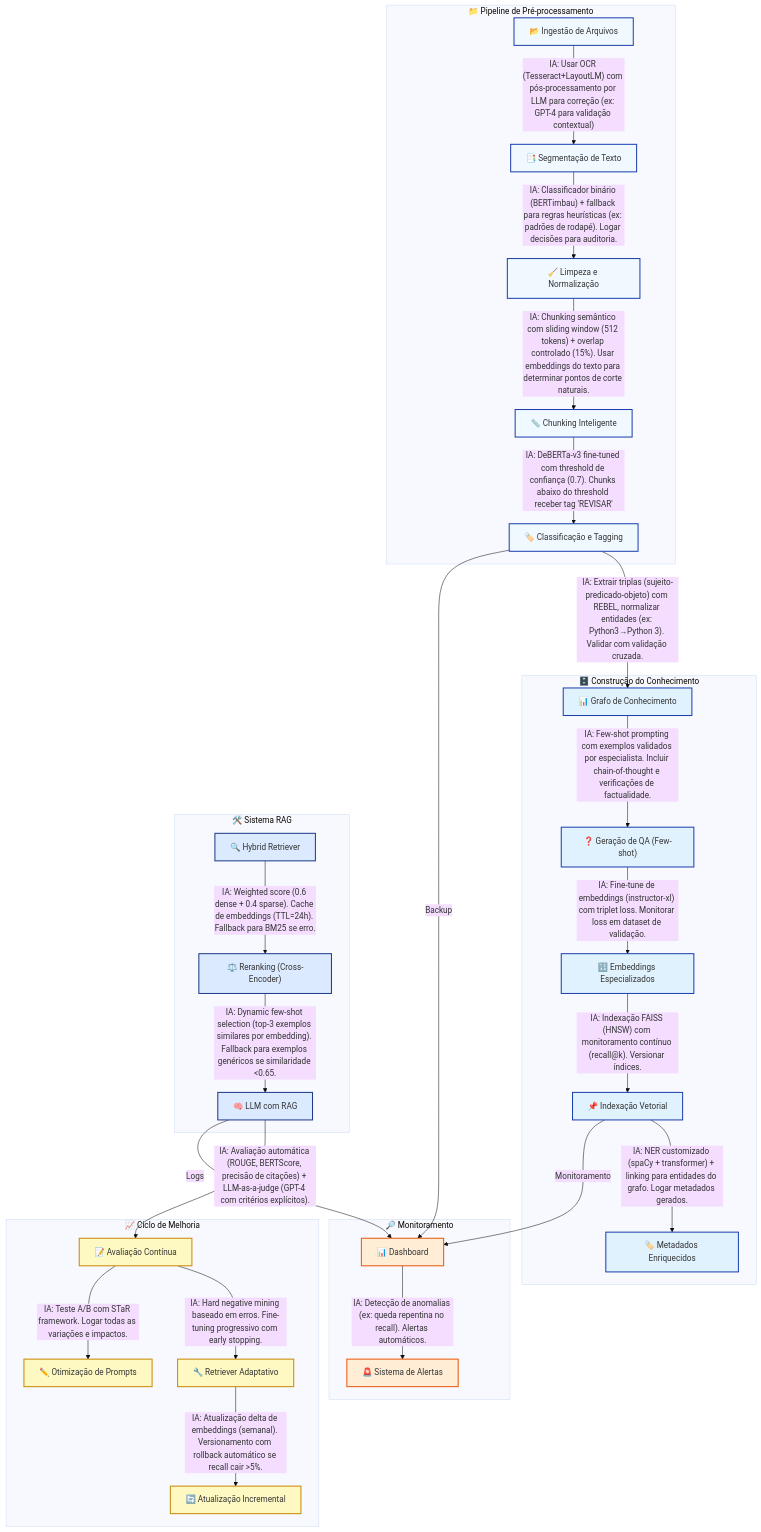
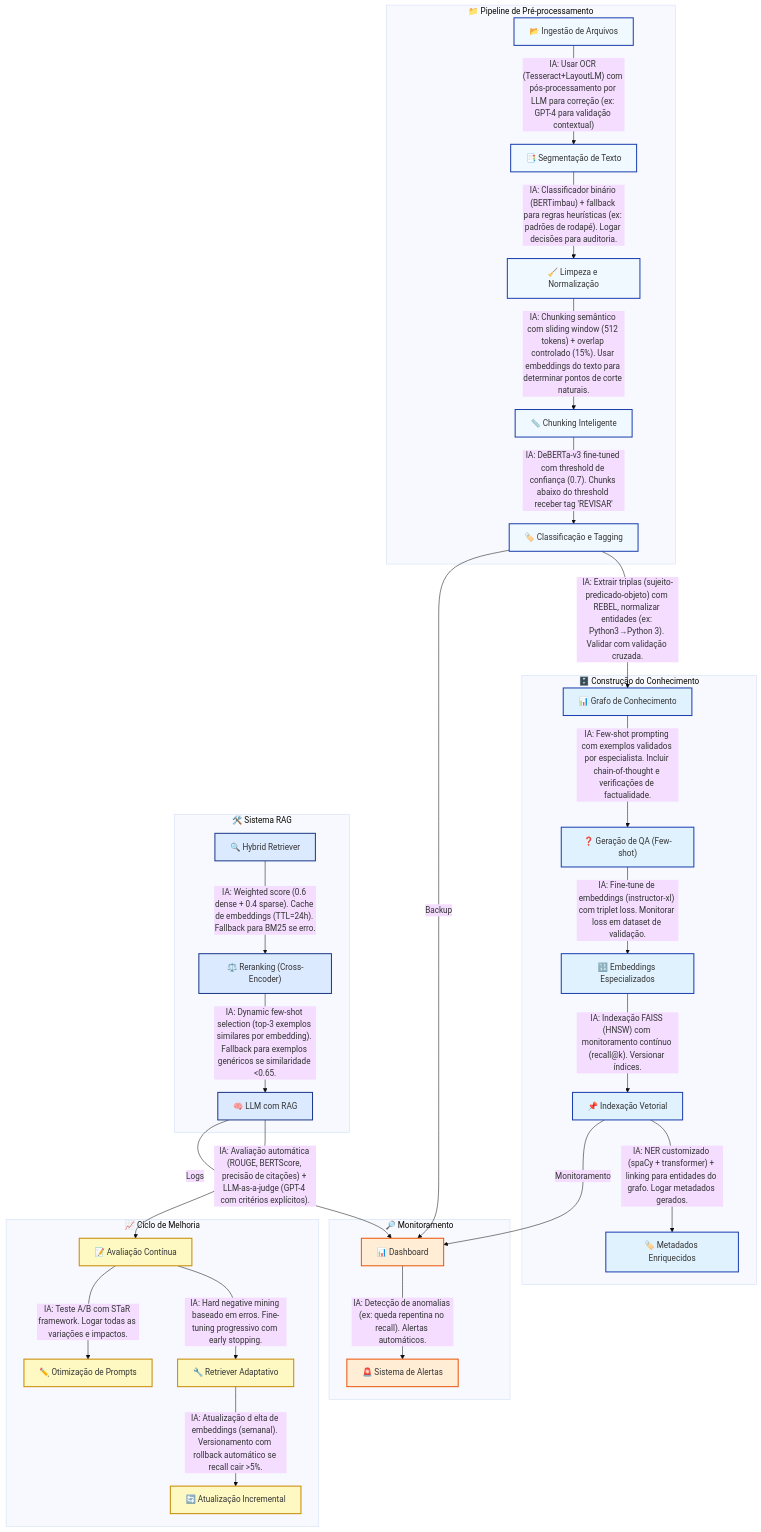
Before and after one commit to jezer/n8n_python_workflow: the diagram in docs/fluxo.mmd, drawn with Mermaid (base theme). The commit also changed 4 other files, not shown here.

```diff
--- a/docs/fluxo.mmd
+++ b/docs/fluxo.mmd
@@ -1,61 +1,61 @@
 graph TD
     subgraph "📁 Pipeline de Pré-processamento"
         A["📂 Ingestão de Arquivos"] -->|"IA: Usar OCR (Tesseract+LayoutLM) com pós-processamento por LLM para correção (ex: GPT-4 para validação contextual)"| B["📑 Segmentação de Texto"]
         
         B -->|"IA: Classificador binário (BERTimbau) + fallback para regras heurísticas (ex: padrões de rodapé). Logar decisões para auditoria."| C["🧹 Limpeza e Normalização"]
         
         C -->|"IA: Chunking semântico com sliding window (512 tokens) + overlap controlado (15%). Usar embeddings do texto para determinar pontos de corte naturais."| D["📏 Chunking Inteligente"]
         
         D -->|"IA: DeBERTa-v3 fine-tuned com threshold de confiança (0.7). Chunks abaixo do threshold receber tag 'REVISAR'"| E["🏷️ Classificação e Tagging"]
     end
 
     subgraph "🗄️ Construção do Conhecimento"
         E -->|"IA: Extrair triplas (sujeito-predicado-objeto) com REBEL, normalizar entidades (ex: Python3→Python 3). Validar com validação cruzada."| F["📊 Grafo de Conhecimento"]
         
         F -->|"IA: Few-shot prompting com exemplos validados por especialista. Incluir chain-of-thought e verificações de factualidade."| G["❓ Geração de QA (Few-shot)"]
         
         G -->|"IA: Fine-tune de embeddings (instructor-xl) com triplet loss. Monitorar loss em dataset de validação."| H["🔢 Embeddings Especializados"]
         
         H -->|"IA: Indexação FAISS (HNSW) com monitoramento contínuo (recall@k). Versionar índices."| I["📌 Indexação Vetorial"]
         
         I -->|"IA: NER customizado (spaCy + transformer) + linking para entidades do grafo. Logar metadados gerados."| J["🏷️ Metadados Enriquecidos"]
     end
 
     subgraph "🛠️ Sistema RAG"
         K["🔍 Hybrid Retriever"] -->|"IA: Weighted score (0.6 dense + 0.4 sparse). Cache de embeddings (TTL=24h). Fallback para BM25 se erro."| L["⚖️ Reranking (Cross-Encoder)"]
         
         L -->|"IA: Dynamic few-shot selection (top-3 exemplos similares por embedding). Fallback para exemplos genéricos se similaridade <0.65."| M["🧠 LLM com RAG"]
     end
 
     subgraph "📈 Ciclo de Melhoria"
         M -->|"IA: Avaliação automática (ROUGE, BERTScore, precisão de citações) + LLM-as-a-judge (GPT-4 com critérios explícitos)."| N["📝 Avaliação Contínua"]
         
         N -->|"IA: Hard negative mining baseado em erros. Fine-tuning progressivo com early stopping."| O["🔧 Retriever Adaptativo"]
         
-        O -->|"IA: Atualização delta de embeddings (semanal). Versionamento com rollback automático se recall cair >5%."| P["🔄 Atualização Incremental"]
+        O -->|"IA: Atualização d elta de embeddings (semanal). Versionamento com rollback automático se recall cair >5%."| P["🔄 Atualização Incremental"]
         
         N -->|"IA: Teste A/B com STaR framework. Logar todas as variações e impactos."| Q["✏️ Otimização de Prompts"]
     end
 
     %% Novos Módulos Adicionados
     subgraph "🔎 Monitoramento"
         R["📊 Dashboard"] -->|"IA: Detecção de anomalias (ex: queda repentina no recall). Alertas automáticos."| S["🚨 Sistema de Alertas"]
     end
 
     %% Conexões Adicionais
     E -->|Backup| R
     I -->|Monitoramento| R
     M -->|Logs| R
 
     %% Estilização
     classDef preprocess fill:#f0f9ff,stroke:#1e40af,stroke-width:2px;
     classDef knowledge fill:#e0f2fe,stroke:#1e40af,stroke-width:2px;
     classDef rag fill:#dbeafe,stroke:#1e3a8a,stroke-width:2px;
     classDef eval fill:#fef9c3,stroke:#ca8a04,stroke-width:2px;
     classDef monitor fill:#ffedd5,stroke:#ea580c,stroke-width:2px;
 
     class A,B,C,D,E preprocess;
     class F,G,H,I,J knowledge;
     class K,L,M rag;
     class N,O,P,Q eval;
     class R,S monitor;
```
